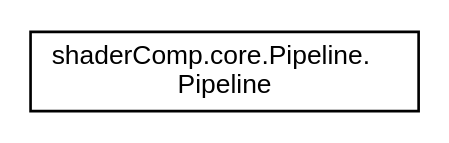
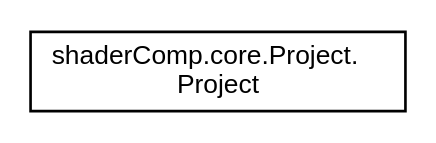
Before and after one commit to Hiestaa/ShaderComp: the diagram in Tutorial/documentation/inherit_graph_5.dot, drawn with Graphviz. The commit also changed 369 other files, not shown here.

```diff
--- a/Tutorial/documentation/inherit_graph_5.dot
+++ b/Tutorial/documentation/inherit_graph_5.dot
@@ -1,7 +1,7 @@
 digraph "Graphical Class Hierarchy"
 {
   edge [fontname="Helvetica",fontsize="10",labelfontname="Helvetica",labelfontsize="10"];
   node [fontname="Helvetica",fontsize="10",shape=record];
   rankdir="LR";
-  Node1 [label="shaderComp.core.Pipeline.\lPipeline",height=0.2,width=0.4,color="black", fillcolor="white", style="filled",URL="$classshader_comp_1_1core_1_1_pipeline_1_1_pipeline.html"];
+  Node1 [label="shaderComp.core.Project.\lProject",height=0.2,width=0.4,color="black", fillcolor="white", style="filled",URL="$classshader_comp_1_1core_1_1_project_1_1_project.html",tooltip="This class is the main entry point of the library. "];
 }
```
